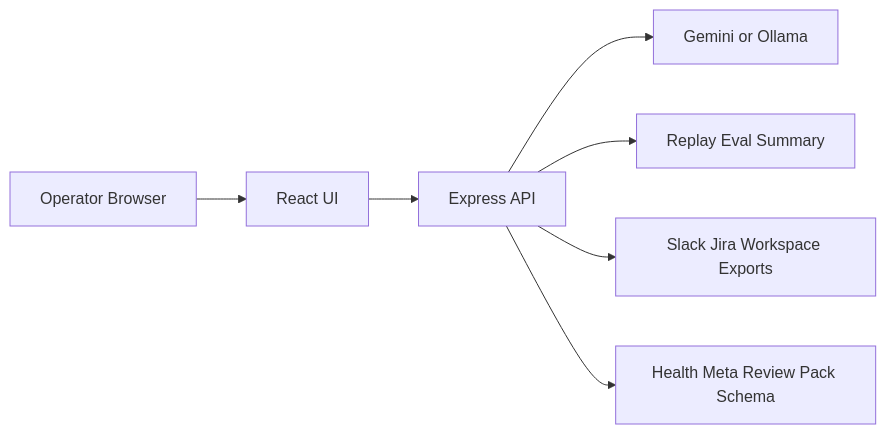
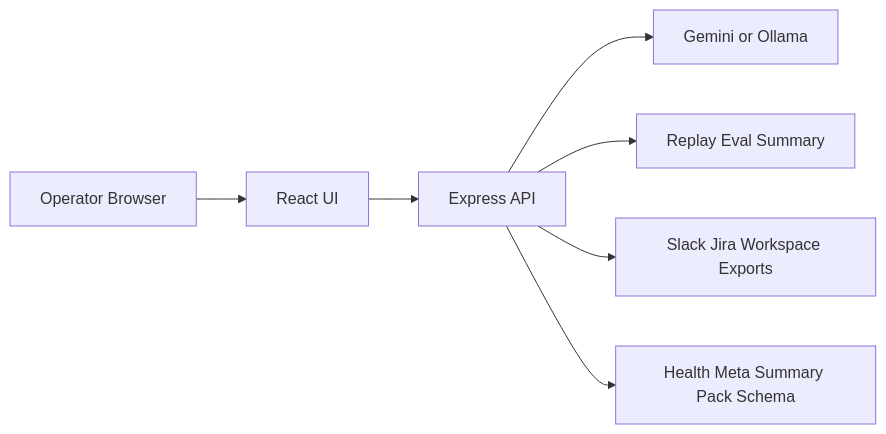
One commit to KIM3310/AegisOps-AI-Incident-Doctor-for-SREs-Powered-by-Gemini-3-Pro-Google-Workspace- changed the diagram in docs/solution-architecture.md. Above: the diagram before and after it, drawn with Mermaid. The commit also changed other lines of this file and 27 other files, not shown here.

````diff
--- a/docs/solution-architecture.md
+++ b/docs/solution-architecture.md
@@ -29,9 +29,9 @@
 ```mermaid
 flowchart LR
   Operator[Operator Browser] --> UI[React UI]
   UI --> API[Express API]
   API --> Provider[Gemini or Ollama]
   API --> Eval[Replay Eval Summary]
   API --> Export[Slack Jira Workspace Exports]
-  API --> Meta[Health Meta Review Pack Schema]
+  API --> Meta[Health Meta Summary Pack Schema]
 ```
````
